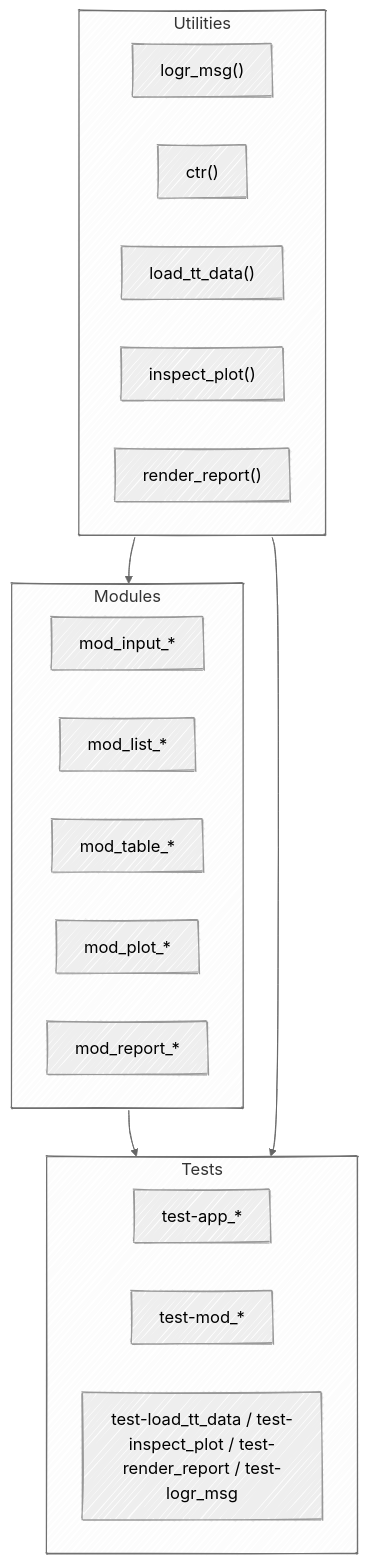
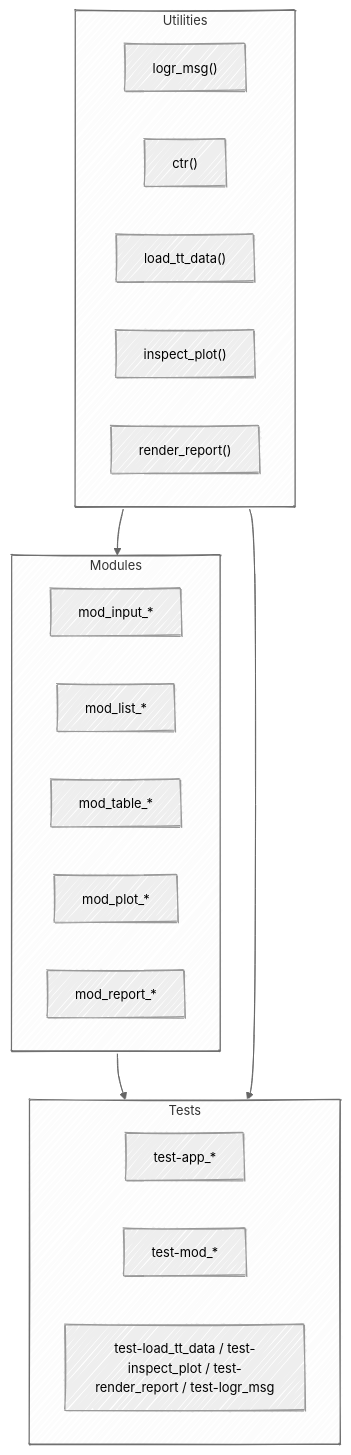
One commit to mjfrigaard/ttdviewer changed the third of 3 diagrams in README.md. Above: the diagram before and after it, drawn with Mermaid. The commit also changed other lines of this file, not shown here.

````diff
--- a/README.md
+++ b/README.md
@@ -78,26 +78,26 @@
 ``` mermaid
-%%{init: {'theme': 'neutral', 'look': 'handDrawn', 'themeVariables': { 'fontFamily': 'monospace', "fontSize":"18px"}}}%%
+%%{init: {'theme': 'neutral', 'look': 'handDrawn', 'themeVariables': { 'fontFamily': 'monospace', 'fontSize':'14px'}}}%%
 flowchart TB
   subgraph Utilities
     Log["logr_msg()"]
     Ctr["ctr()"]
     Load["load_tt_data()"]
     Inspect["inspect_plot()"]
     Render["render_report()"]
   end
   subgraph Modules
     ModInput["mod_input_*"]
     ModList["mod_list_*"]
     ModTable["mod_table_*"]
     ModPlot["mod_plot_*"]
     ModReport["mod_report_*"]
   end
   subgraph Tests
     TestApp["test-app_*"]
     TestModules["test-mod_*"]
     TestUtils["test-load_tt_data / test-inspect_plot / test-render_report / test-logr_msg"]
   end
   Utilities --> Modules
   Modules --> Tests
   Utilities --> Tests
 ```
````
